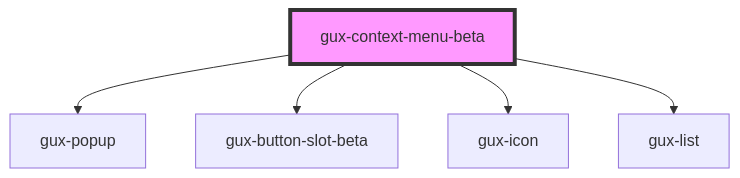
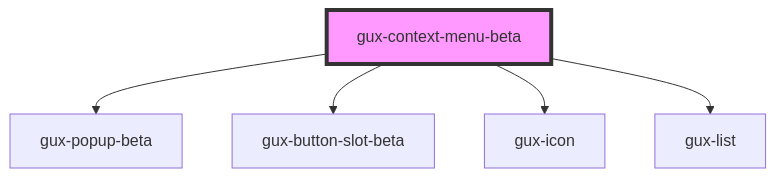
The diagram in src/components/beta/gux-context-menu/readme.md (MyPureCloud/genesys-spark), drawn with Mermaid before and after one commit. The commit also changed other lines of this file and 36 other files, not shown here.

First line of the commit message:
feat(gux-popup-beta): replace gux-popup with gux-popup-beta in components (#1145)

````diff
--- a/src/components/beta/gux-context-menu/readme.md
+++ b/src/components/beta/gux-context-menu/readme.md
@@ -23,8 +23,8 @@
 ```mermaid
 graph TD;
-  gux-context-menu-beta --> gux-popup
+  gux-context-menu-beta --> gux-popup-beta
   gux-context-menu-beta --> gux-button-slot-beta
   gux-context-menu-beta --> gux-icon
   gux-context-menu-beta --> gux-list
   style gux-context-menu-beta fill:#f9f,stroke:#333,stroke-width:4px
 ```
````
